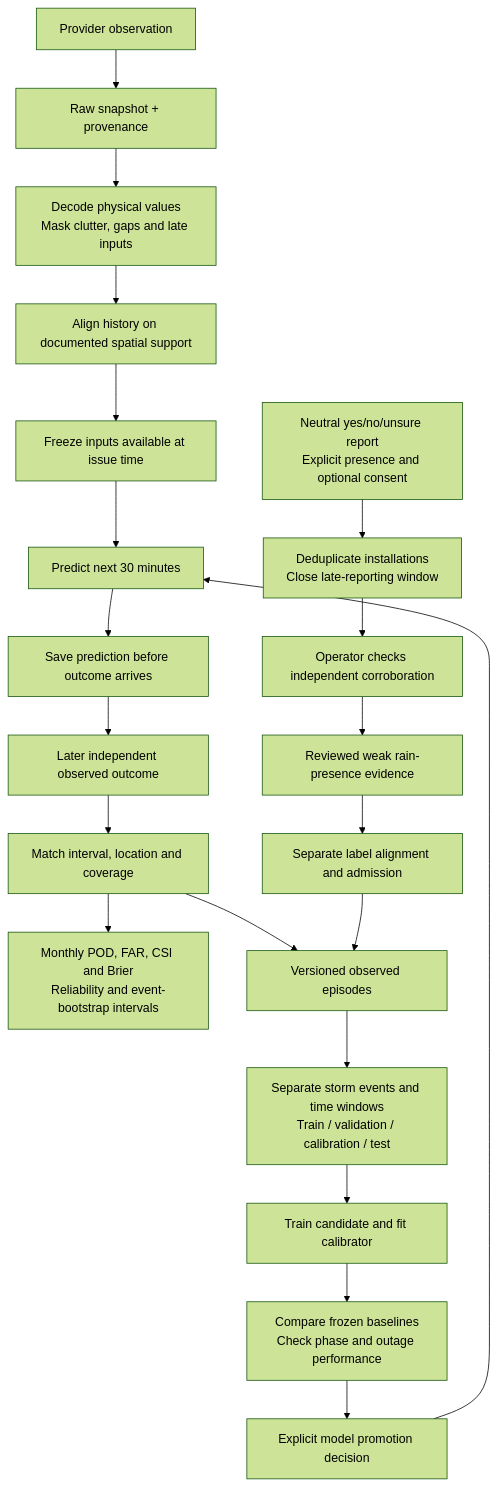
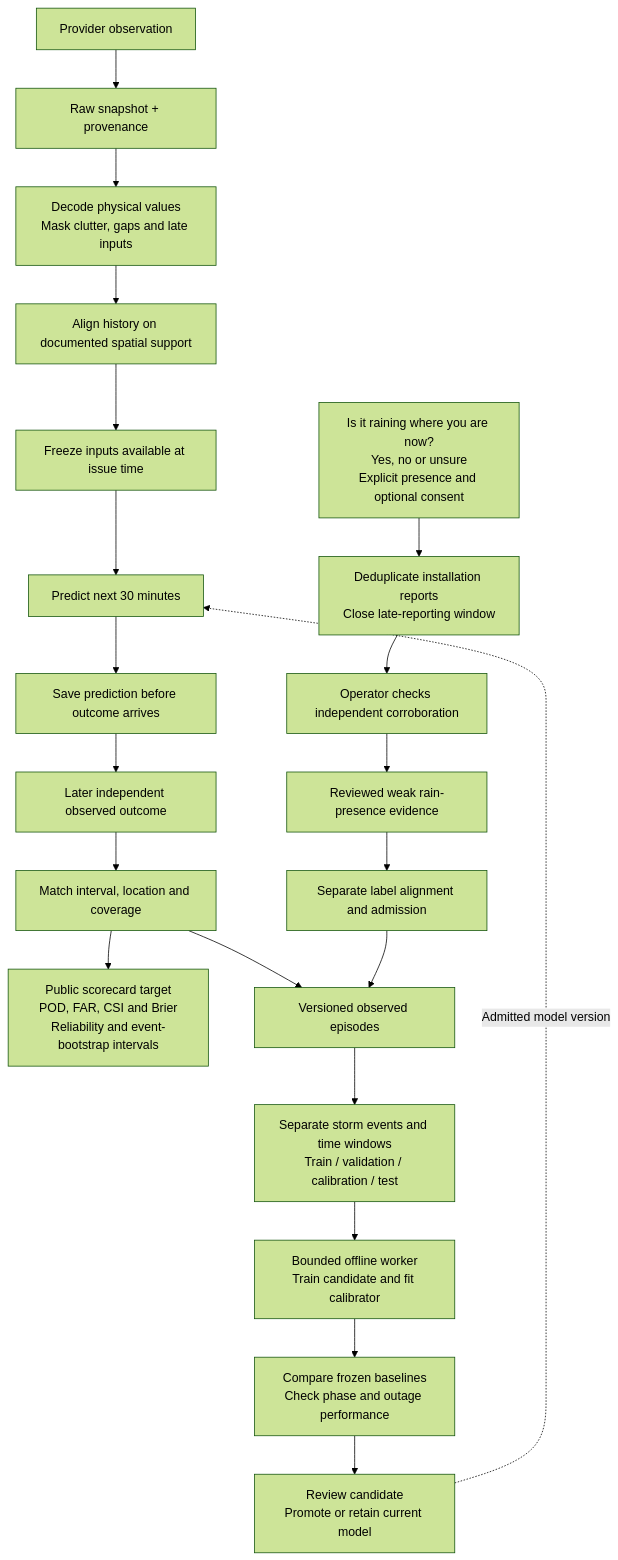
Before and after one commit to omansharora5/ps_2: the second of 2 diagrams in presentations/SIH26072_ARCHITECTURE_AND_DATA_FLOW.md, drawn with Mermaid (forest theme). The commit also changed other lines of this file and 9 other files, not shown here.

Commit message:
Revise SIH deck with NCR imagery and weather architecture

````diff
--- a/presentations/SIH26072_ARCHITECTURE_AND_DATA_FLOW.md
+++ b/presentations/SIH26072_ARCHITECTURE_AND_DATA_FLOW.md
@@ -35,23 +39,23 @@
 ```mermaid
 flowchart TD
     A[Provider observation] --> B[Raw snapshot + provenance]
     B --> C[Decode physical values\nMask clutter, gaps and late inputs]
     C --> D[Align history on documented spatial support]
     D --> E[Freeze inputs available at issue time]
     E --> F[Predict next 30 minutes]
     F --> G[Save prediction before outcome arrives]
     G --> H[Later independent observed outcome]
     H --> I[Match interval, location and coverage]
-    I --> J[Monthly POD, FAR, CSI and Brier\nReliability and event-bootstrap intervals]
+    I --> J[Public scorecard target\nPOD, FAR, CSI and Brier\nReliability and event-bootstrap intervals]
     I --> K[Versioned observed episodes]
-    Citizen[Neutral yes/no/unsure report\nExplicit presence and optional consent] --> Ledger[Deduplicate installations\nClose late-reporting window]
+    Citizen[Is it raining where you are now?\nYes, no or unsure\nExplicit presence and optional consent] --> Ledger[Deduplicate installation reports\nClose late-reporting window]
     Ledger --> Review[Operator checks independent corroboration]
     Review --> Weak[Reviewed weak rain-presence evidence]
     Weak --> Align[Separate label alignment and admission]
     Align --> K
     K --> Split[Separate storm events and time windows\nTrain / validation / calibration / test]
-    Split --> Candidate[Train candidate and fit calibrator]
+    Split --> Candidate[Bounded offline worker\nTrain candidate and fit calibrator]
     Candidate --> Evaluate[Compare frozen baselines\nCheck phase and outage performance]
-    Evaluate --> Approval[Explicit model promotion decision]
-    Approval --> F
+    Evaluate --> Approval[Review candidate\nPromote or retain current model]
+    Approval -.->|Admitted model version| F
 ```
````
